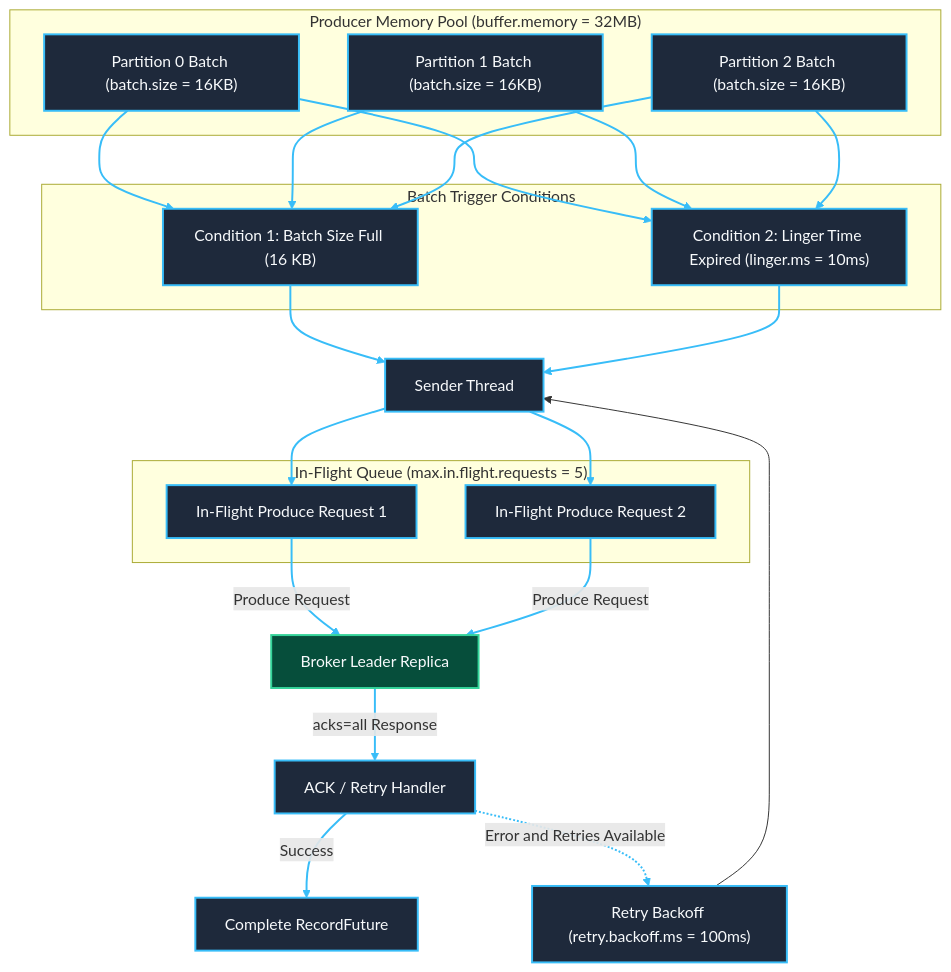
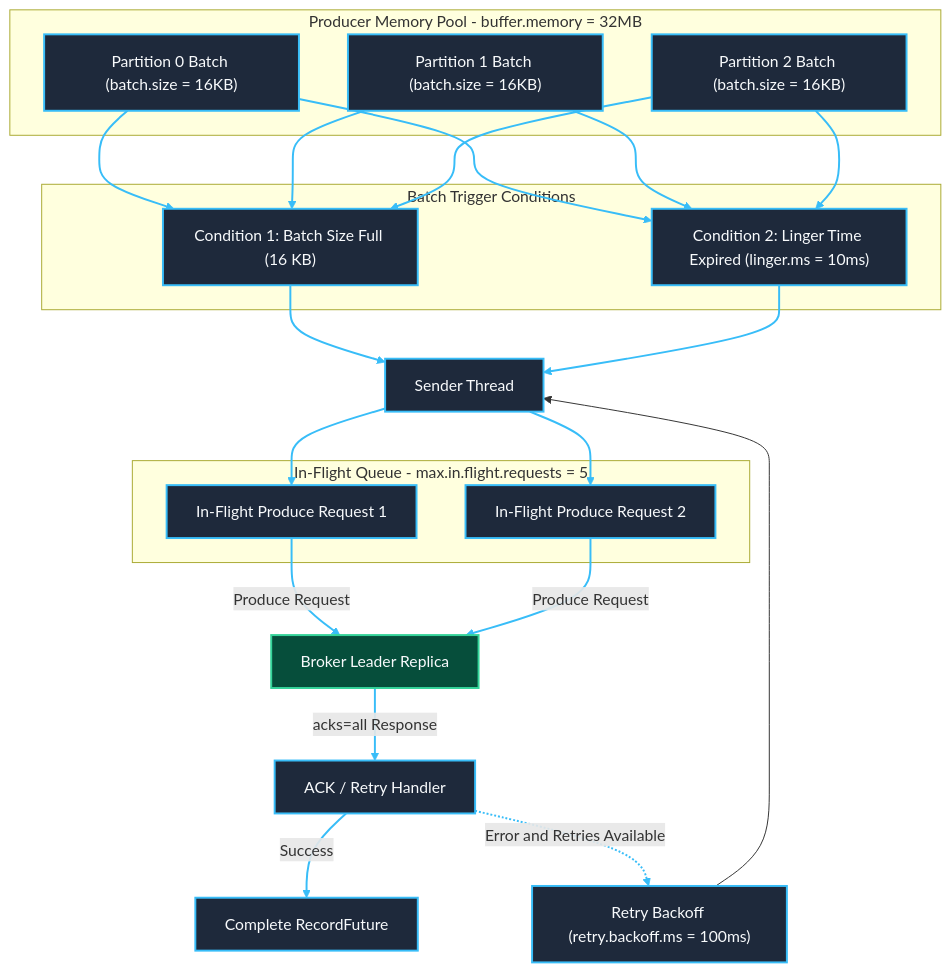
One commit to Chief-Strategist-J/llm-obs-infra changed the sixth of 24 diagrams in docs/configDoc/kafka-configuration-guide.md. Above: the diagram before and after it, drawn with Mermaid. The commit also changed other lines of this file, not shown here.

Commit message:
fix(kafka-docs): remove parentheses from subgraph titles to fix GitHub Mermaid parser error

````diff
--- a/docs/configDoc/kafka-configuration-guide.md
+++ b/docs/configDoc/kafka-configuration-guide.md
@@ -740,53 +740,53 @@
 ```mermaid
 graph TB
-    subgraph ProducerMemoryPool ["Producer Memory Pool (buffer.memory = 32MB)"]
+    subgraph ProducerMemoryPool ["Producer Memory Pool - buffer.memory = 32MB"]
         BatchP0["Partition 0 Batch (batch.size = 16KB)"]
         BatchP1["Partition 1 Batch (batch.size = 16KB)"]
         BatchP2["Partition 2 Batch (batch.size = 16KB)"]
     end
 
     subgraph BatchTriggerLogic ["Batch Trigger Conditions"]
         Trigger1["Condition 1: Batch Size Full (16 KB)"]
         Trigger2["Condition 2: Linger Time Expired (linger.ms = 10ms)"]
     end
 
     BatchP0 --> Trigger1
     BatchP1 --> Trigger1
     BatchP2 --> Trigger1
     BatchP0 --> Trigger2
     BatchP1 --> Trigger2
     BatchP2 --> Trigger2
 
     Trigger1 --> SenderThread["Sender Thread"]
     Trigger2 --> SenderThread
 
-    subgraph InFlightNetworkQueue ["In-Flight Queue (max.in.flight.requests = 5)"]
+    subgraph InFlightNetworkQueue ["In-Flight Queue - max.in.flight.requests = 5"]
         Req1["In-Flight Produce Request 1"]
         Req2["In-Flight Produce Request 2"]
     end
 
     SenderThread --> Req1
     SenderThread --> Req2
     Req1 -->|Produce Request| BrokerNode["Broker Leader Replica"]
     Req2 -->|Produce Request| BrokerNode
 
     BrokerNode -->|acks=all Response| AckHandler["ACK / Retry Handler"]
     AckHandler -->|Success| Complete["Complete RecordFuture"]
     AckHandler -.->|Error and Retries Available| RetryQueue["Retry Backoff (retry.backoff.ms = 100ms)"]
     RetryQueue --> SenderThread
 
     style BatchP0 fill:#1e293b,stroke:#38bdf8,stroke-width:2px,color:#f8fafc
     style BatchP1 fill:#1e293b,stroke:#38bdf8,stroke-width:2px,color:#f8fafc
     style BatchP2 fill:#1e293b,stroke:#38bdf8,stroke-width:2px,color:#f8fafc
     style Trigger1 fill:#1e293b,stroke:#38bdf8,stroke-width:2px,color:#f8fafc
     style Trigger2 fill:#1e293b,stroke:#38bdf8,stroke-width:2px,color:#f8fafc
     style SenderThread fill:#1e293b,stroke:#38bdf8,stroke-width:2px,color:#f8fafc
     style Req1 fill:#1e293b,stroke:#38bdf8,stroke-width:2px,color:#f8fafc
     style Req2 fill:#1e293b,stroke:#38bdf8,stroke-width:2px,color:#f8fafc
     style BrokerNode fill:#064e3b,stroke:#34d399,stroke-width:2px,color:#f8fafc
     style AckHandler fill:#1e293b,stroke:#38bdf8,stroke-width:2px,color:#f8fafc
     style Complete fill:#1e293b,stroke:#38bdf8,stroke-width:2px,color:#f8fafc
     style RetryQueue fill:#1e293b,stroke:#38bdf8,stroke-width:2px,color:#f8fafc
 
     linkStyle 0,1,2,3,4,5,6,7,8,9,10,11,12,13,14 stroke:#38bdf8,stroke-width:2px;
 ```
````
